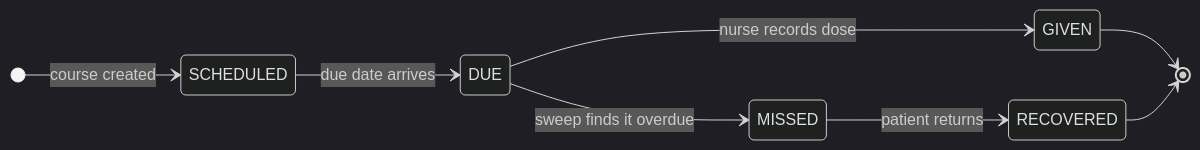
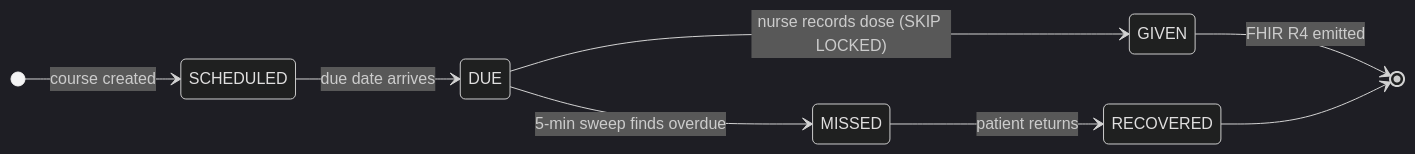
Before and after one commit to lohitakshcodes/Poora-Teeka: the first of 3 diagrams in README.md, drawn with Mermaid (dark theme). The commit also changed other lines of this file and 44 other files, not shown here.

Commit message:
feat(backend): complete backend Lambda APIs, CDK infra, and database schema

````diff
--- a/README.md
+++ b/README.md
@@ -77,11 +88,11 @@
 ```mermaid
 stateDiagram-v2
     direction LR
     [*] --> SCHEDULED: course created
     SCHEDULED --> DUE: due date arrives
-    DUE --> GIVEN: nurse records dose
-    DUE --> MISSED: sweep finds it overdue
+    DUE --> GIVEN: nurse records dose (SKIP LOCKED)
+    DUE --> MISSED: 5-min sweep finds overdue
     MISSED --> RECOVERED: patient returns
-    GIVEN --> [*]
+    GIVEN --> [*]: FHIR R4 emitted
     RECOVERED --> [*]
 ```
````
